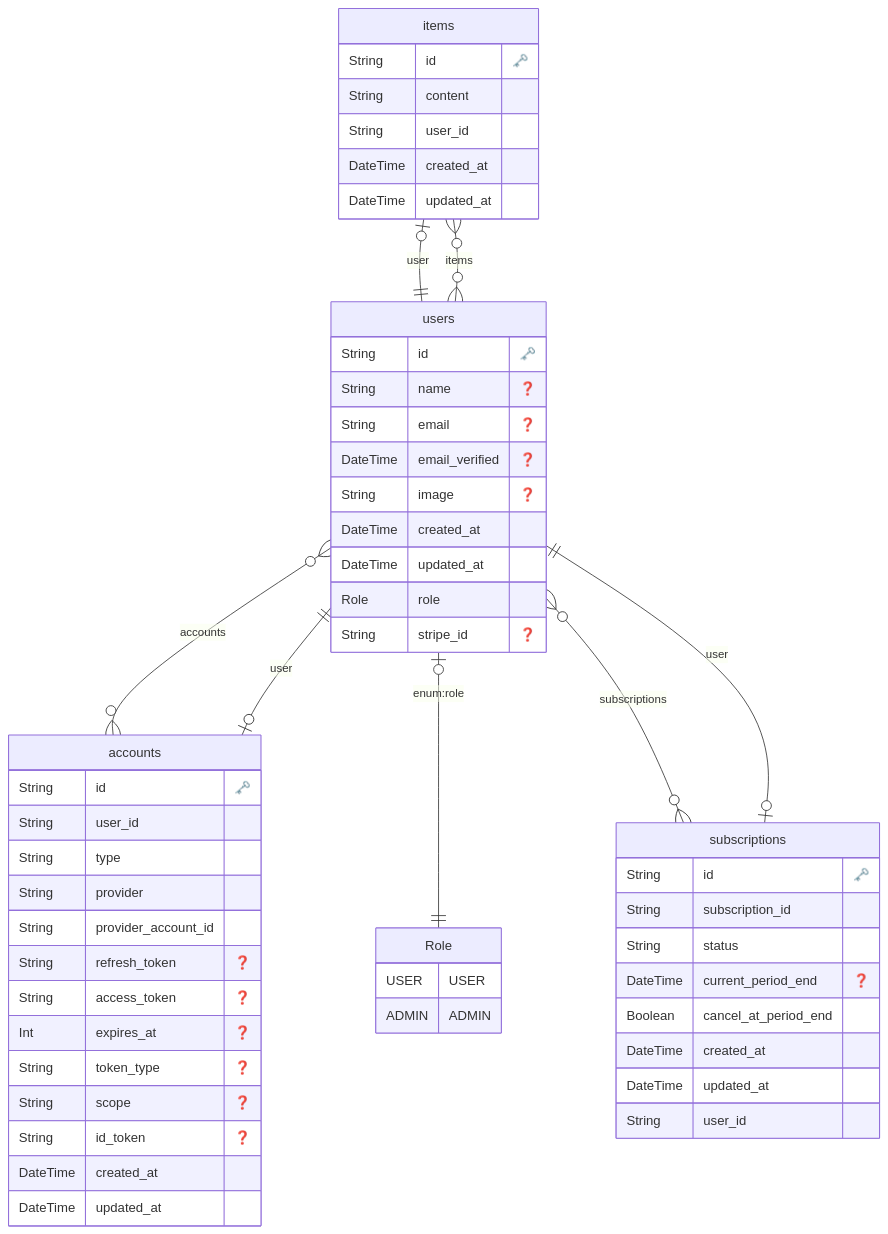
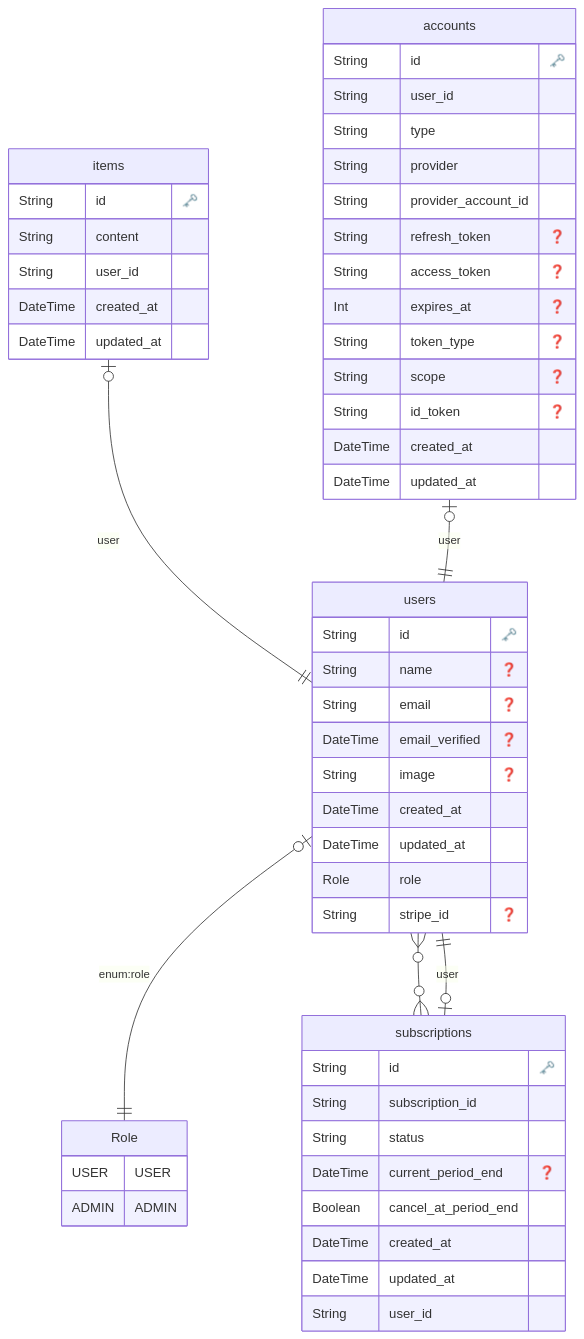
Before and after one commit to hiroppy/web-app-template: the diagram in prisma/schema/ERD.md, drawn with Mermaid. The commit also changed 3 other files, not shown here.

````diff
--- a/prisma/schema/ERD.md
+++ b/prisma/schema/ERD.md
@@ -1,66 +1,64 @@
 ```mermaid
 erDiagram
 
         Role {
             USER USER
 ADMIN ADMIN
         }
 
   "items" {
     String id "🗝️"
     String content
     String user_id
     DateTime created_at
     DateTime updated_at
     }
 
 
   "accounts" {
     String id "🗝️"
     String user_id
     String type
     String provider
     String provider_account_id
     String refresh_token "❓"
     String access_token "❓"
     Int expires_at "❓"
     String token_type "❓"
     String scope "❓"
     String id_token "❓"
     DateTime created_at
     DateTime updated_at
     }
 
 
   "users" {
     String id "🗝️"
     String name "❓"
     String email "❓"
     DateTime email_verified "❓"
     String image "❓"
     DateTime created_at
     DateTime updated_at
     Role role
     String stripe_id "❓"
     }
 
 
   "subscriptions" {
     String id "🗝️"
     String subscription_id
     String status
     DateTime current_period_end "❓"
     Boolean cancel_at_period_end
     DateTime created_at
     DateTime updated_at
     String user_id
     }
 
     "items" o|--|| "users" : "user"
     "accounts" o|--|| "users" : "user"
-    "users" o{--}o "accounts" : "accounts"
     "users" o|--|| "Role" : "enum:role"
-    "users" o{--}o "items" : "items"
-    "users" o{--}o "subscriptions" : "subscriptions"
+    "users" o{--}o "subscriptions" : ""
     "subscriptions" o|--|| "users" : "user"
 ```
````
